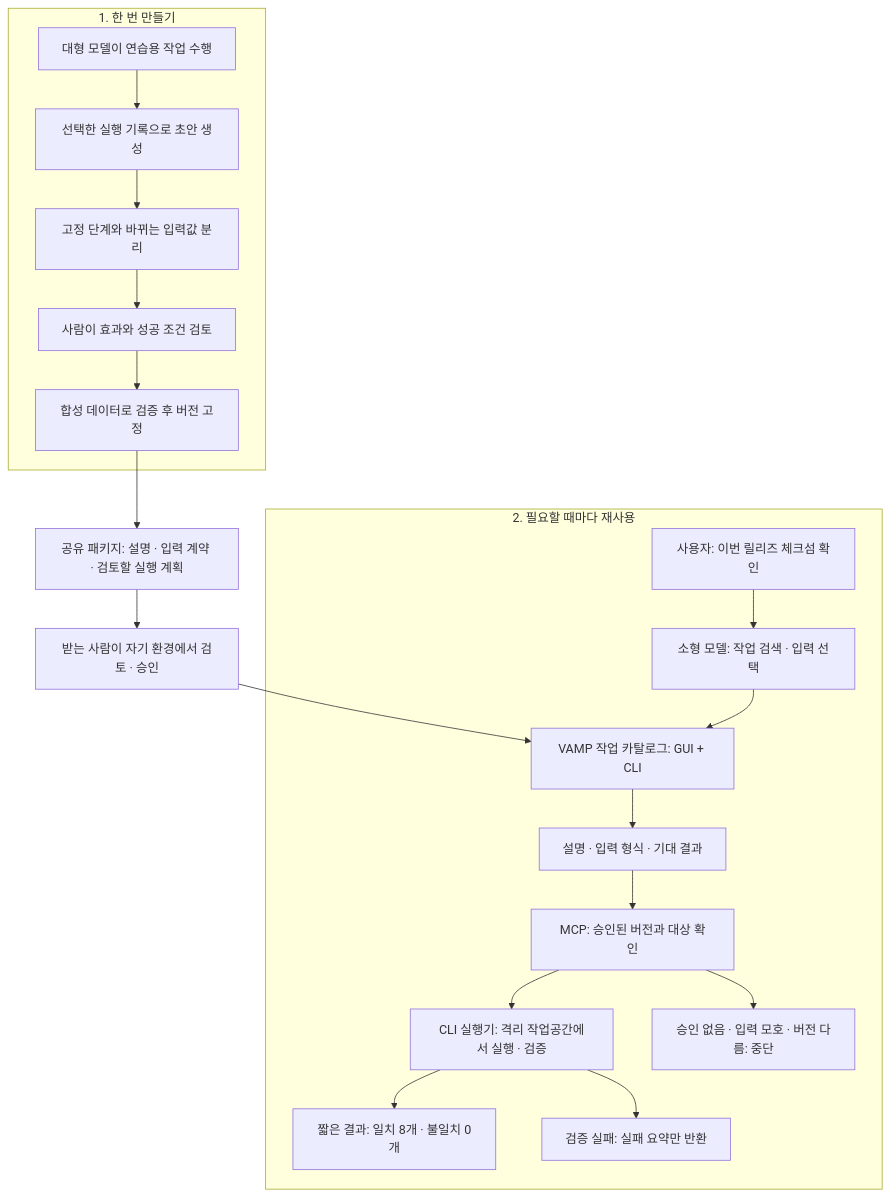
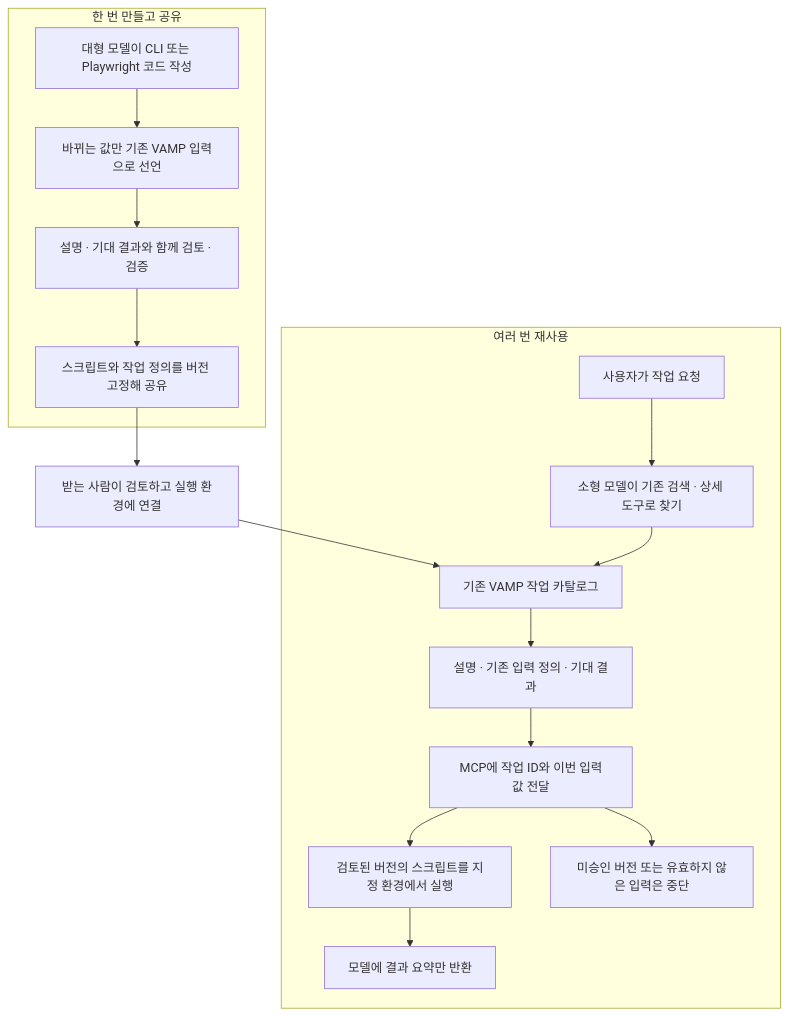
One commit to wayfarer6/vamp-mcp changed the diagram in docs/CLI_WORKFLOW_DESIGN.ko.md. Above: the diagram before and after it, drawn with Mermaid. The commit also changed other lines of this file, not shown here.

Commit message:
Reuse existing VAMP inputs for reviewed workflow scripts

````diff
--- a/docs/CLI_WORKFLOW_DESIGN.ko.md
+++ b/docs/CLI_WORKFLOW_DESIGN.ko.md
@@ -9,24 +9,19 @@
 ```mermaid
 flowchart TD
-    subgraph Author["1. 한 번 만들기"]
-        A["대형 모델이 연습용 작업 수행"] --> B["선택한 실행 기록으로 초안 생성"]
-        B --> C["고정 단계와 바뀌는 입력값 분리"]
-        C --> D["사람이 효과와 성공 조건 검토"]
-        D --> E["합성 데이터로 검증 후 버전 고정"]
+    subgraph Author["한 번 만들고 공유"]
+        A["대형 모델이 CLI 또는 Playwright 코드 작성"] --> B["바뀌는 값만 기존 VAMP 입력으로 선언"]
+        B --> C["설명 · 기대 결과와 함께 검토 · 검증"]
+        C --> D["스크립트와 작업 정의를 버전 고정해 공유"]
     end
-
-    E --> P["공유 패키지: 설명 · 입력 계약 · 검토할 실행 계획"]
-    P --> I["받는 사람이 자기 환경에서 검토 · 승인"]
-    I --> K["VAMP 작업 카탈로그: GUI + CLI"]
-
-    subgraph Replay["2. 필요할 때마다 재사용"]
-        U["사용자: 이번 릴리즈 체크섬 확인"] --> S["소형 모델: 작업 검색 · 입력 선택"]
+    D --> I["받는 사람이 검토하고 실행 환경에 연결"]
+    I --> K["기존 VAMP 작업 카탈로그"]
+    subgraph Replay["여러 번 재사용"]
+        U["사용자가 작업 요청"] --> S["소형 모델이 기존 검색 · 상세 도구로 찾기"]
         S --> K
-        K --> M["설명 · 입력 형식 · 기대 결과"]
-        M --> R["MCP: 승인된 버전과 대상 확인"]
-        R --> T["CLI 실행기: 격리 작업공간에서 실행 · 검증"]
-        T --> O["짧은 결과: 일치 8개 · 불일치 0개"]
-        R --> F["승인 없음 · 입력 모호 · 버전 다름: 중단"]
-        T --> G["검증 실패: 실패 요약만 반환"]
+        K --> M["설명 · 기존 입력 정의 · 기대 결과"]
+        M --> R["MCP에 작업 ID와 이번 입력값 전달"]
+        R --> T["검토된 버전의 스크립트를 지정 환경에서 실행"]
+        T --> O["모델에 결과 요약만 반환"]
+        R --> F["미승인 버전 또는 유효하지 않은 입력은 중단"]
     end
 ```
````
